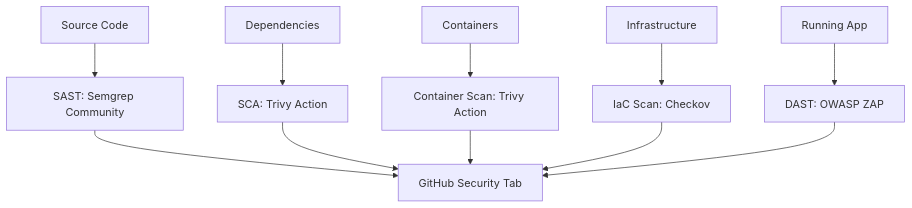
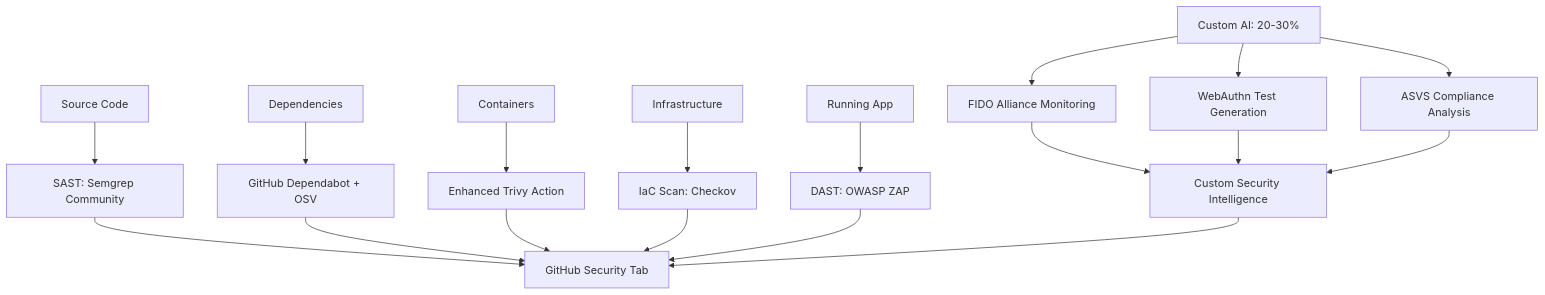
The diagram in docs/security/FOSS_SECURITY_IMPLEMENTATION_PLAN.md (hitoshura25/mpo-api-authn-server), drawn with Mermaid before and after one commit. The commit also changed other lines of this file, not shown here.

Commit message:
Documenting security improvements plan

````diff
--- a/docs/security/FOSS_SECURITY_IMPLEMENTATION_PLAN.md
+++ b/docs/security/FOSS_SECURITY_IMPLEMENTATION_PLAN.md
@@ -24,14 +32,23 @@
 ```mermaid
 graph TD
     A[Source Code] --> B[SAST: Semgrep Community]
-    C[Dependencies] --> D[SCA: Trivy Action]
-    E[Containers] --> F[Container Scan: Trivy Action]
+    C[Dependencies] --> D[GitHub Dependabot + OSV]
+    E[Containers] --> F[Enhanced Trivy Action]
     G[Infrastructure] --> H[IaC Scan: Checkov]
     I[Running App] --> J[DAST: OWASP ZAP]
     
-    B --> K[GitHub Security Tab]
-    D --> K
-    F --> K
-    H --> K
-    J --> K
+    K[Custom AI: 20-30%] --> L[FIDO Alliance Monitoring]
+    K --> M[WebAuthn Test Generation]
+    K --> N[ASVS Compliance Analysis]
+    
+    B --> O[GitHub Security Tab]
+    D --> O
+    F --> O
+    H --> O
+    J --> O
+    
+    L --> P[Custom Security Intelligence]
+    M --> P
+    N --> P
+    P --> O
 ```
````
